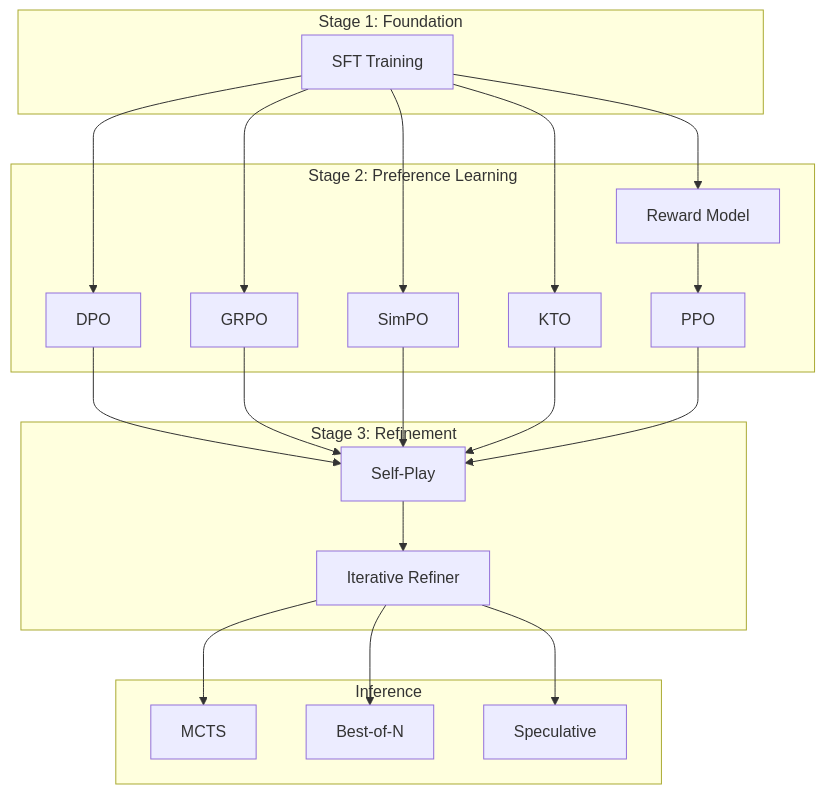
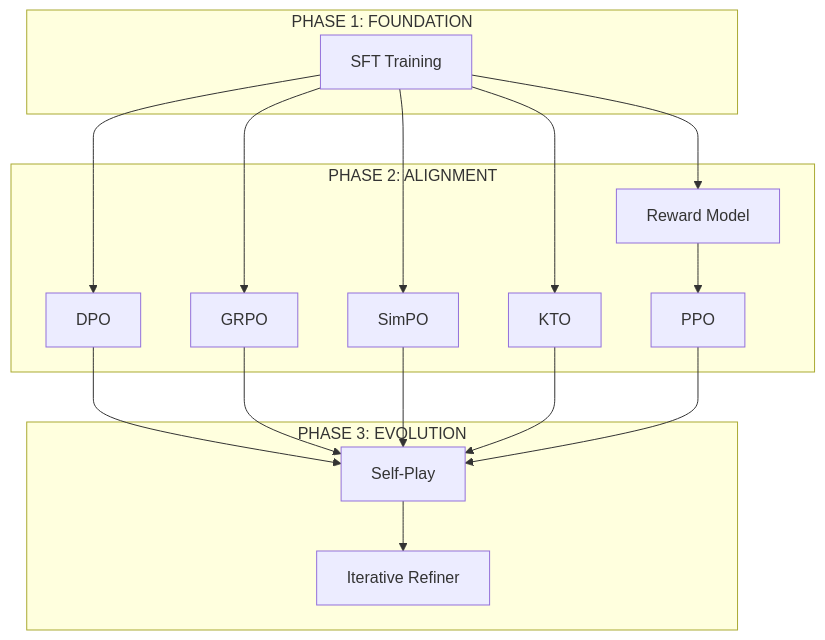
Before and after one commit to calisweetleaf/Reinforcement-Learning-Full-Pipeline: the diagram in README.md, drawn with Mermaid. The commit also changed other lines of this file, not shown here.

````diff
--- a/README.md
+++ b/README.md
@@ -118,44 +62,25 @@
 ```mermaid
 graph TB
-    subgraph "Stage 1: Foundation"
+    subgraph "PHASE 1: FOUNDATION"
         SFT[SFT Training]
     end
     
-    subgraph "Stage 2: Preference Learning"
+    subgraph "PHASE 2: ALIGNMENT"
         RM[Reward Model]
         DPO[DPO]
         GRPO[GRPO]
         SimPO[SimPO]
         KTO[KTO]
         PPO[PPO]
     end
     
-    subgraph "Stage 3: Refinement"
+    subgraph "PHASE 3: EVOLUTION"
         SP[Self-Play]
         IR[Iterative Refiner]
     end
     
-    subgraph "Inference"
-        MCTS[MCTS]
-        BoN[Best-of-N]
-        SD[Speculative]
-    end
-    
-    SFT --> RM
-    SFT --> DPO
-    SFT --> GRPO
-    SFT --> SimPO
-    SFT --> KTO
+    SFT --> RM & DPO & GRPO & SimPO & KTO
     RM --> PPO
-    
-    DPO --> SP
-    GRPO --> SP
-    SimPO --> SP
-    KTO --> SP
-    PPO --> SP
-    
+    DPO & GRPO & SimPO & KTO & PPO --> SP
     SP --> IR
-    IR --> MCTS
-    IR --> BoN
-    IR --> SD
 ```
````
